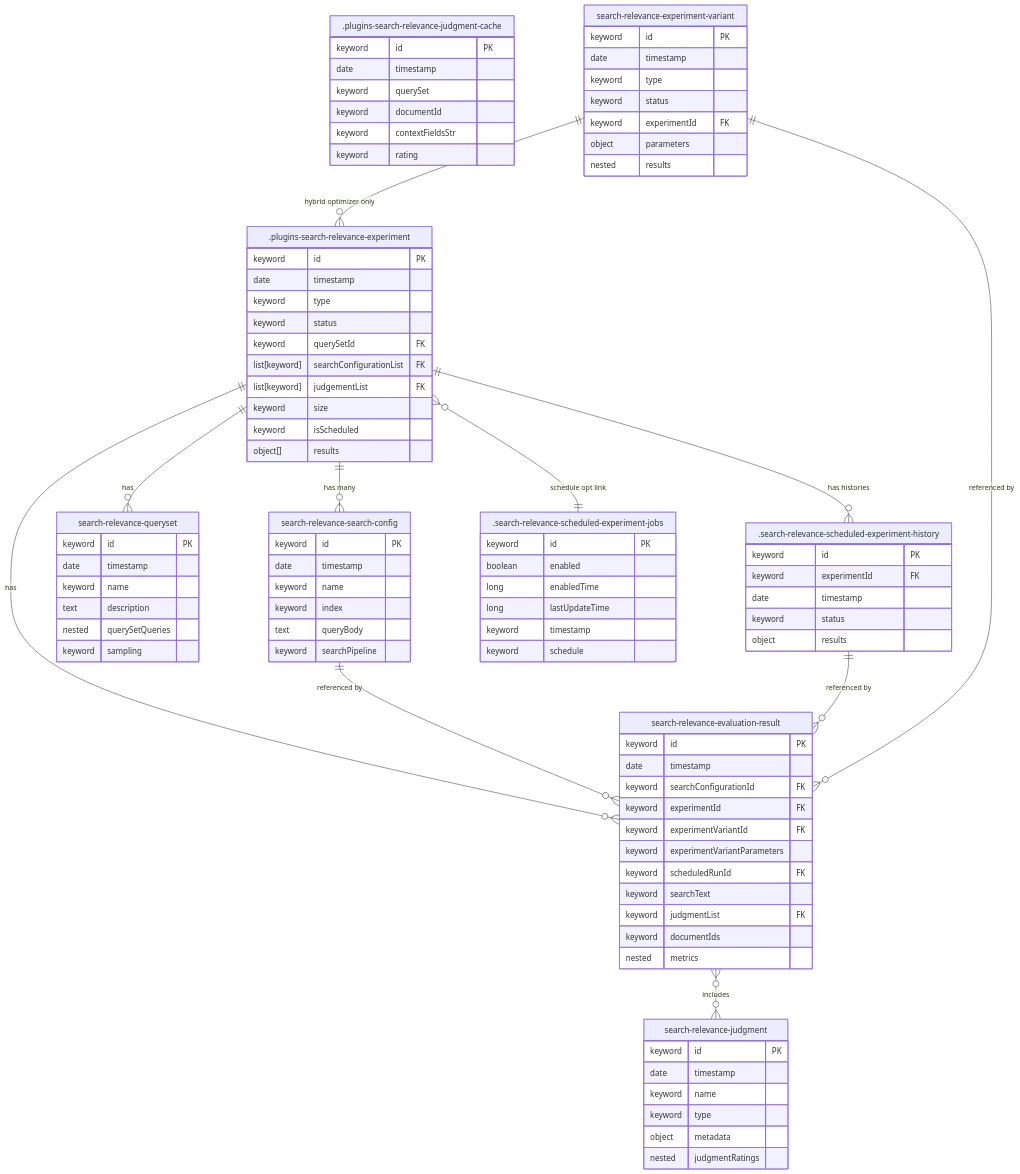
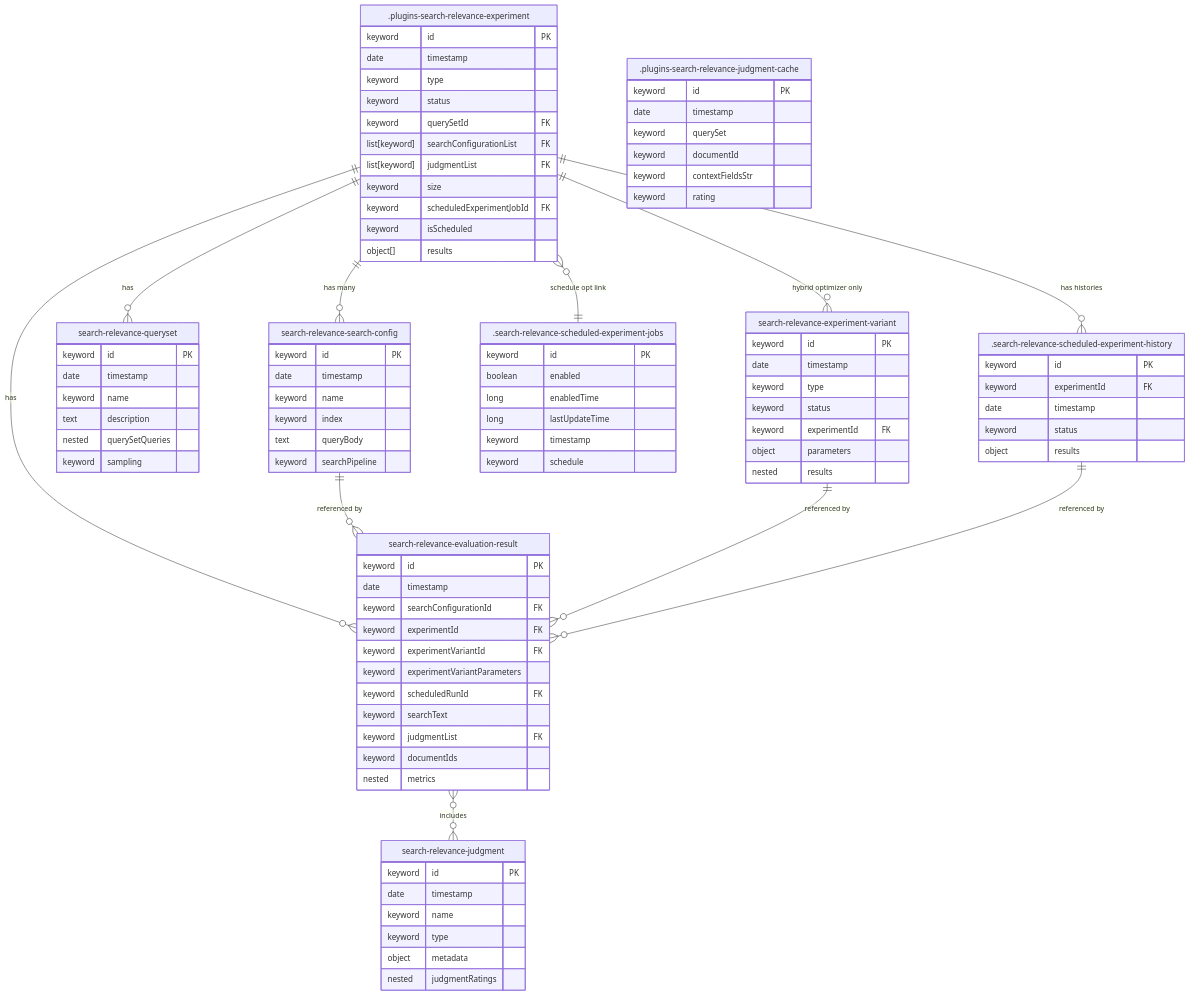
The first of 5 diagrams in DEVELOPER_GUIDE.md (opensearch-project/search-relevance), drawn with Mermaid before and after one commit. The commit also changed other lines of this file, not shown here.

```diff
--- a/DEVELOPER_GUIDE.md
+++ b/DEVELOPER_GUIDE.md
@@ -324,8 +339,9 @@
         keyword status
         keyword querySetId FK
         list[keyword] searchConfigurationList FK
-        list[keyword] judgementList FK
+        list[keyword] judgmentList FK
         keyword size
+        keyword scheduledExperimentJobId FK 
         keyword isScheduled
         object[] results
     }
@@ -403,7 +419,7 @@
     ".plugins-search-relevance-experiment" ||--o{ search-relevance-queryset : has
     ".plugins-search-relevance-experiment" ||--o{ search-relevance-search-config : "has many"
     search-relevance-search-config ||--o{ search-relevance-evaluation-result : "referenced by"
-    search-relevance-experiment-variant ||--o{ ".plugins-search-relevance-experiment" : "hybrid optimizer only"
+    ".plugins-search-relevance-experiment" ||--o{ search-relevance-experiment-variant : "hybrid optimizer only"
     search-relevance-experiment-variant ||--o{ search-relevance-evaluation-result : "referenced by"
     ".search-relevance-scheduled-experiment-history" ||--o{ search-relevance-evaluation-result : "referenced by"
     search-relevance-evaluation-result }o--o{ search-relevance-judgment : includes
```
